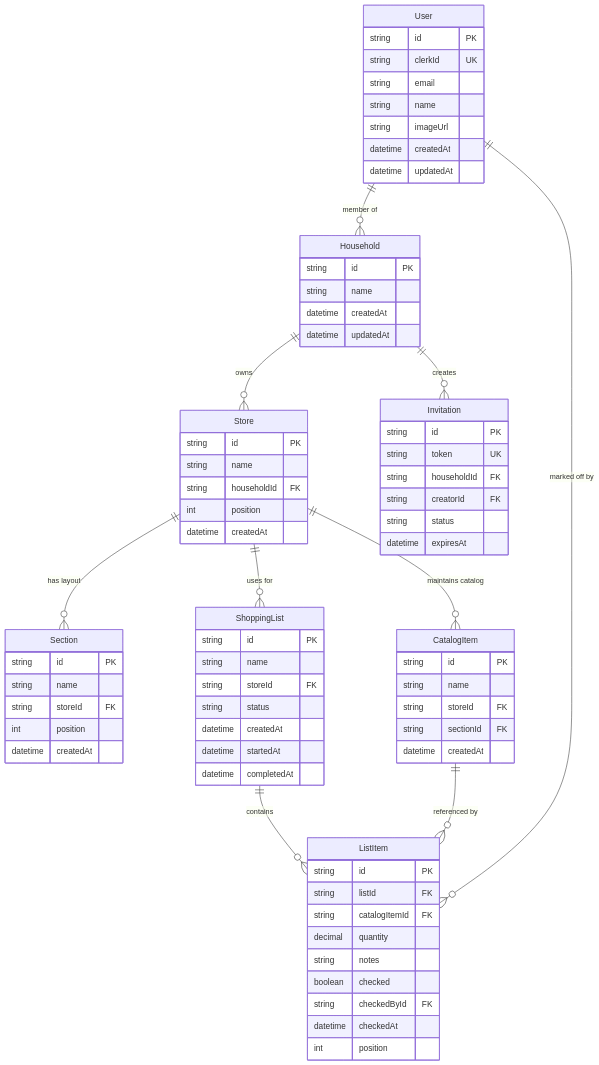
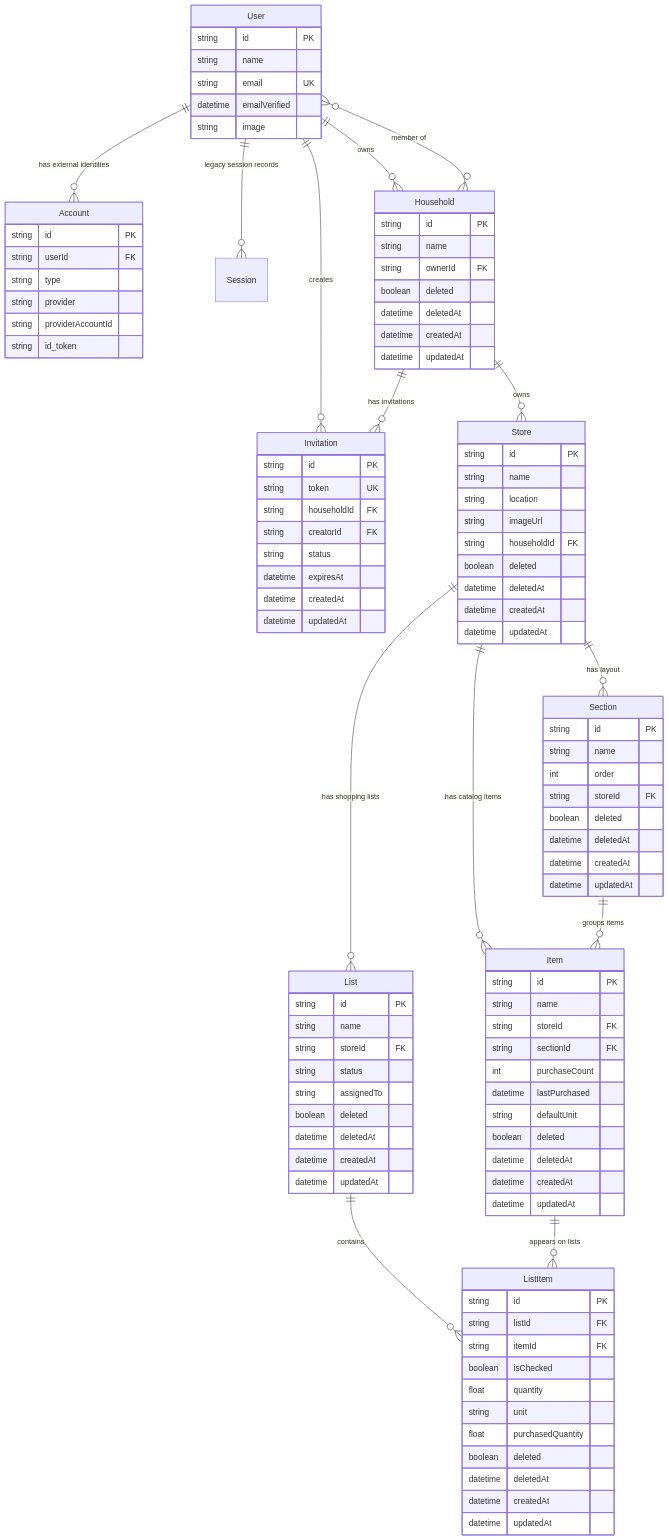
Before and after one commit to chaixdev/grocerun: the diagram in wiki/architecture/domain-model.md, drawn with Mermaid. The commit also changed other lines of this file and 29 other files, not shown here.

Commit message:
docs: establish architecture views, agentic workflow, and doc-writing conventions

````diff
--- a/wiki/architecture/domain-model.md
+++ b/wiki/architecture/domain-model.md
@@ -5,28 +9,108 @@
 ```mermaid
 erDiagram
-    User ||--o{ Household : "member of"
-    User ||--o{ ListItem : "marked off by"
-    Household ||--o{ Store : owns
-    Household ||--o{ Invitation : creates
+    User ||--o{ Account : "has external identities"
+    User ||--o{ Session : "legacy session records"
+    User ||--o{ Household : "owns"
+    User }o--o{ Household : "member of"
+    User ||--o{ Invitation : "creates"
+
+    Household ||--o{ Store : "owns"
+    Household ||--o{ Invitation : "has invitations"
+
     Store ||--o{ Section : "has layout"
-    Store ||--o{ ShoppingList : "uses for"
-    Store ||--o{ CatalogItem : "maintains catalog"
-    ShoppingList ||--o{ ListItem : contains
-    CatalogItem ||--o{ ListItem : "referenced by"
+    Store ||--o{ Item : "has catalog items"
+    Store ||--o{ List : "has shopping lists"
+
+    Section ||--o{ Item : "groups items"
+    List ||--o{ ListItem : "contains"
+    Item ||--o{ ListItem : "appears on lists"
 
     User {
         string id PK
-        string clerkId UK
-        string email
         string name
-        string imageUrl
-        datetime createdAt
-        datetime updatedAt
+        string email UK
+        datetime emailVerified
+        string image
+    }
+
+    Account {
+        string id PK
+        string userId FK
+        string type
+        string provider
+        string providerAccountId
+        string id_token
     }
 
     Household {
         string id PK
         string name
+        string ownerId FK
+        boolean deleted
+        datetime deletedAt
+        datetime createdAt
+        datetime updatedAt
+    }
+
+    Store {
+        string id PK
+        string name
+        string location
+        string imageUrl
+        string householdId FK
+        boolean deleted
+        datetime deletedAt
+        datetime createdAt
+        datetime updatedAt
+    }
+
+    Section {
+        string id PK
+        string name
+        int order
+        string storeId FK
+        boolean deleted
+        datetime deletedAt
+        datetime createdAt
+        datetime updatedAt
+    }
+
+    Item {
+        string id PK
+        string name
+        string storeId FK
+        string sectionId FK
+        int purchaseCount
+        datetime lastPurchased
+        string defaultUnit
+        boolean deleted
+        datetime deletedAt
+        datetime createdAt
+        datetime updatedAt
+    }
+
+    List {
+        string id PK
+        string name
+        string storeId FK
+        string status
+        string assignedTo
+        boolean deleted
+        datetime deletedAt
+        datetime createdAt
+        datetime updatedAt
+    }
+
+    ListItem {
+        string id PK
+        string listId FK
+        string itemId FK
+        boolean isChecked
+        float quantity
+        string unit
+        float purchasedQuantity
+        boolean deleted
+        datetime deletedAt
         datetime createdAt
         datetime updatedAt
     }
@@ -38,51 +122,7 @@
         string creatorId FK
         string status
         datetime expiresAt
-    }
-
-    Store {
-        string id PK
-        string name
-        string householdId FK
-        int position
         datetime createdAt
-    }
-
-    Section {
-        string id PK
-        string name
-        string storeId FK
-        int position
-        datetime createdAt
-    }
-
-    CatalogItem {
-        string id PK
-        string name
-        string storeId FK
-        string sectionId FK
-        datetime createdAt
-    }
-
-    ShoppingList {
-        string id PK
-        string name
-        string storeId FK
-        string status
-        datetime createdAt
-        datetime startedAt
-        datetime completedAt
-    }
-
-    ListItem {
-        string id PK
-        string listId FK
-        string catalogItemId FK
-        decimal quantity
-        string notes
-        boolean checked
-        string checkedById FK
-        datetime checkedAt
-        int position
+        datetime updatedAt
     }
 ```
````
